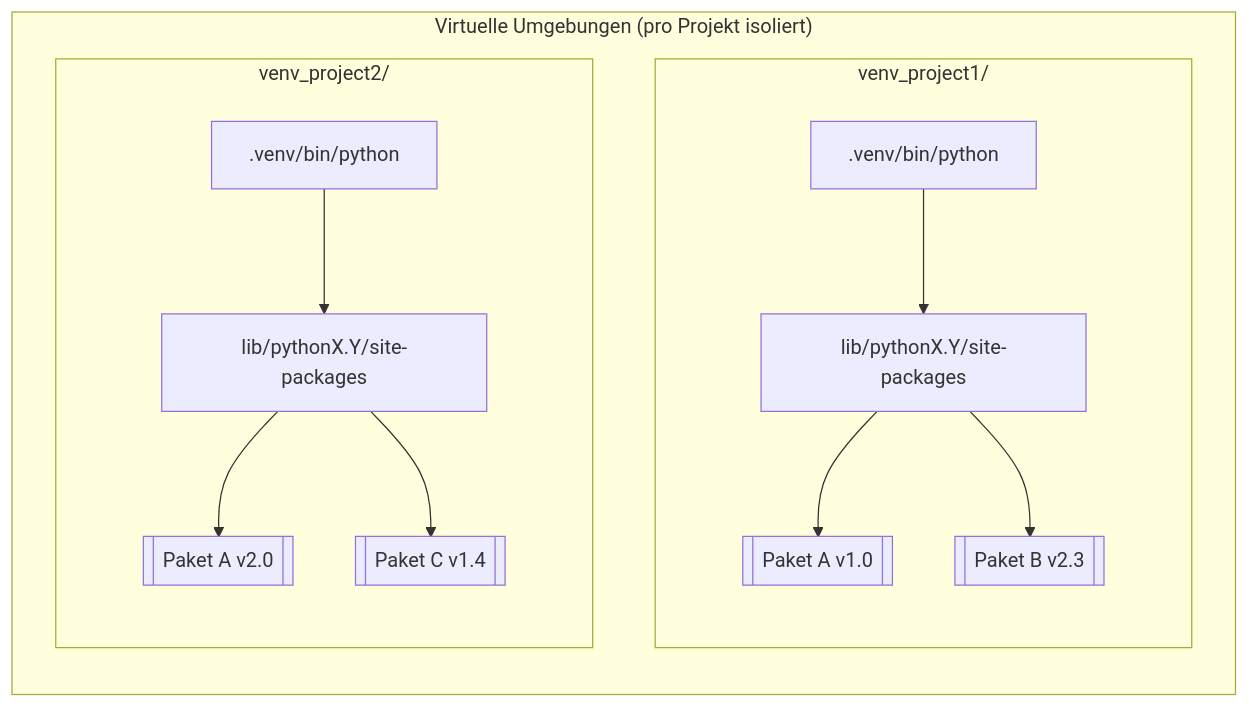
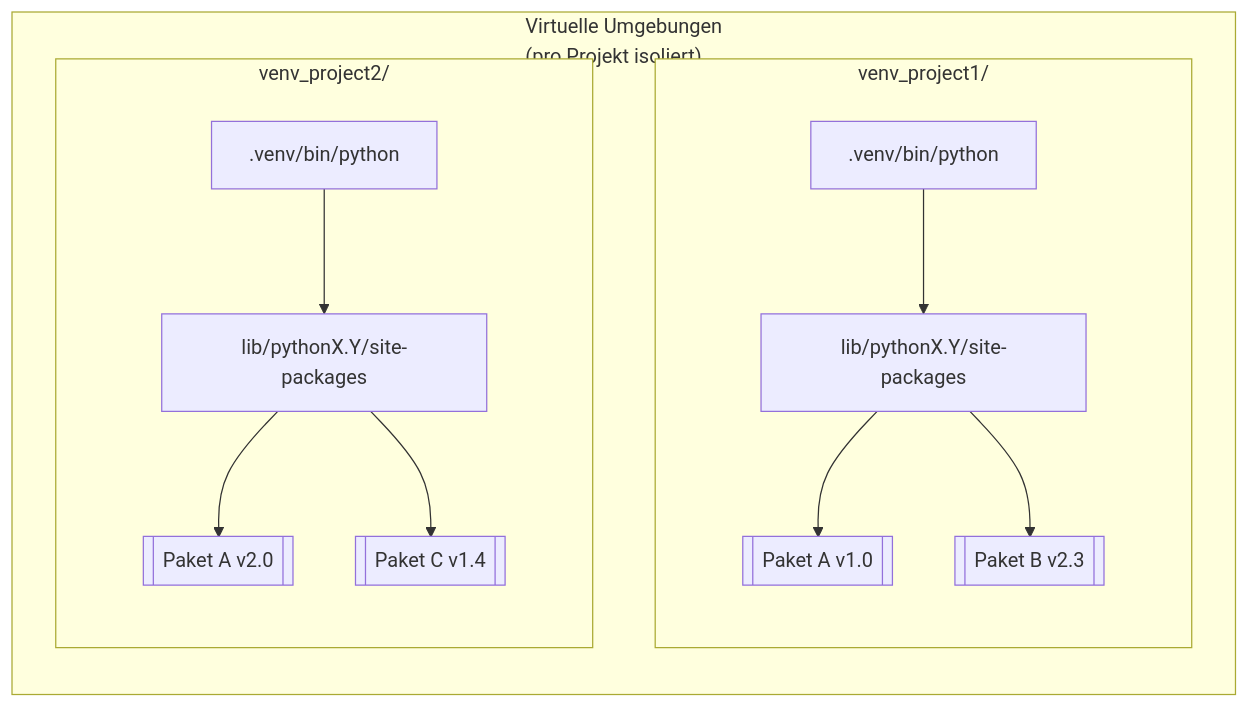
One commit to TobiasReichart/SimpleScience changed the second of 3 diagrams in source/python/section/venv.md. Above: the diagram before and after it, drawn with Mermaid. The commit also changed other lines of this file and 12 other files, not shown here.

Commit message:
Enhance Sphinx documentation with new sections on mathematics, code, layout, and navigation; improve Mermaid initialization and add local MathJax integration.

```diff
--- a/source/python/section/venv.md
+++ b/source/python/section/venv.md
@@ -81,26 +83,26 @@
 <div class="mermaid">
 flowchart LR
-  subgraph V["Virtuelle Umgebungen (pro Projekt isoliert)"]
+  subgraph V["Virtuelle Umgebungen<br>(pro Projekt isoliert)"]
     direction TB
     subgraph V1["venv_project1/"]
       direction TB
       P1[.venv/bin/python]
       S1[lib/pythonX.Y/site-packages]
       P1 --> S1
       A1[[Paket A v1.0]]
       B1[[Paket B v2.3]]
       S1 --> A1
       S1 --> B1
     end
     subgraph V2["venv_project2/"]
       direction TB
       P2[.venv/bin/python]
       S2[lib/pythonX.Y/site-packages]
       P2 --> S2
       A2[[Paket A v2.0]]
       C2b[[Paket C v1.4]]
       S2 --> A2
       S2 --> C2b
     end
   end
 </div>
```
